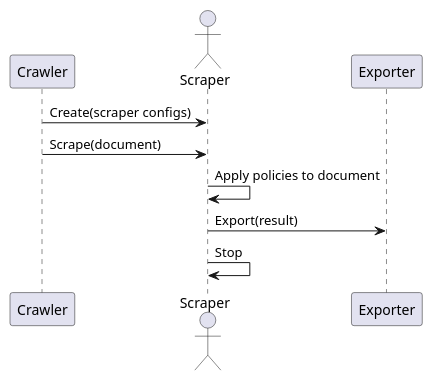
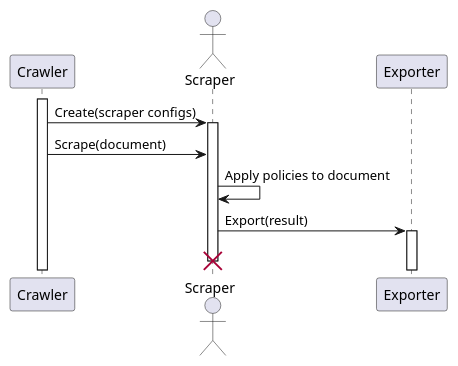
One commit to PPS-22-Scooby/pps-22-scooby.github.io changed the first of 2 diagrams in Writerside/topics/Scraper.md. Above: the diagram before and after it, drawn with PlantUML. The commit also changed other lines of this file, not shown here.

Commit message:
Fixed Scraper umls

````diff
--- a/Writerside/topics/Scraper.md
+++ b/Writerside/topics/Scraper.md
@@ -9,13 +9,16 @@
 ```plantuml
 @startuml
 participant Crawler as crawler order 10
+activate crawler
 actor Scraper as scraper order 20
 participant Exporter as exporter order 30
 
 crawler->scraper :Create(scraper configs)
+activate scraper
 crawler->scraper : Scrape(document)
 scraper->scraper : Apply policies to document
 scraper->exporter : Export(result)
-scraper->scraper : Stop
+activate exporter
+destroy scraper
 @enduml
 ```
````
